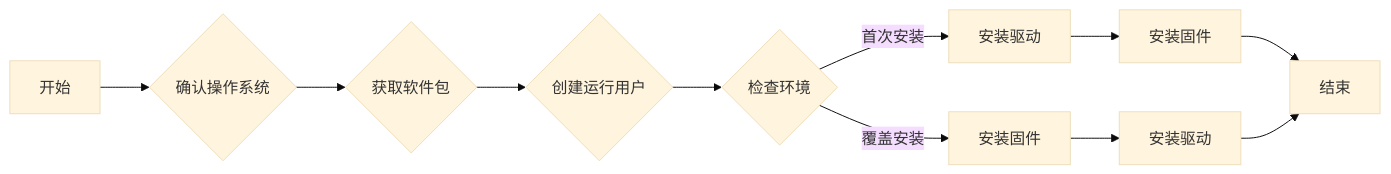
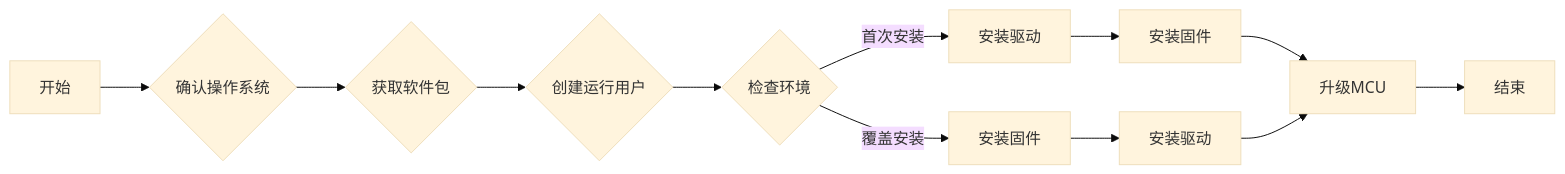
The diagram in _posts/2025-07-17-Ascend-Atlas-800I-A2-Installation-Guide.md (wang-junjian/wang-junjian.github.io), drawn with Mermaid (base theme) before and after one commit. The commit also changed other lines of this file and 3 other files, not shown here.

````diff
--- a/_posts/2025-07-17-Ascend-Atlas-800I-A2-Installation-Guide.md
+++ b/_posts/2025-07-17-Ascend-Atlas-800I-A2-Installation-Guide.md
@@ -17,13 +37,14 @@
 ```mermaid
 graph LR
     A[开始] --> B{确认操作系统}
     B --> C{获取软件包}
     C --> D{创建运行用户}
     D --> E{检查环境}
     E -- 首次安装 --> F[安装驱动]
     F --> H[安装固件]
     E -- 覆盖安装 --> G[安装固件]
     G --> I[安装驱动]
-    H --> J[结束]
-    I --> J[结束]
+    H --> J[升级MCU]
+    I --> J[升级MCU]
+    J --> K[结束]
 ```
````
